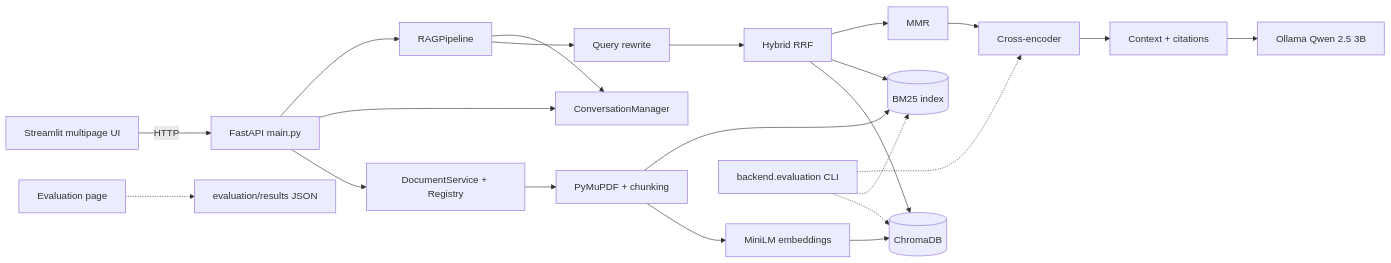
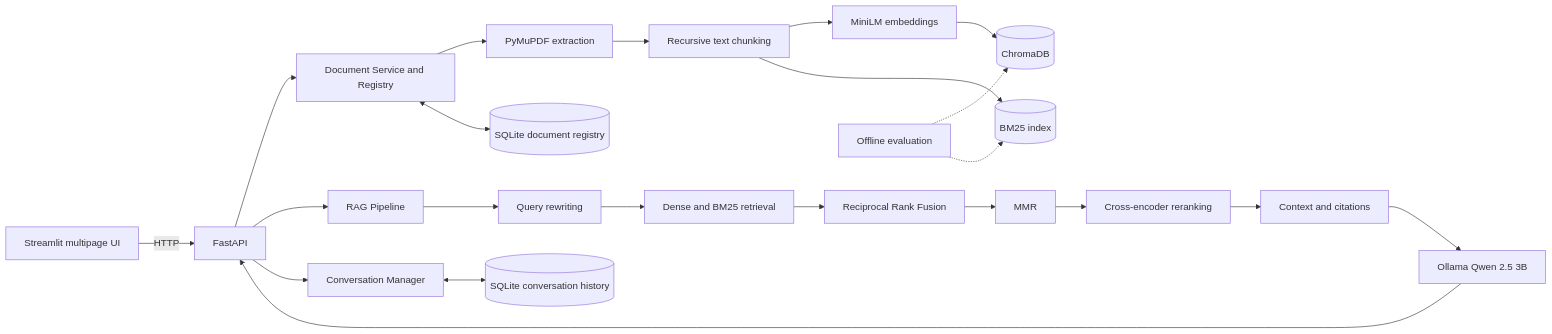
The diagram in README.md (Anurag-Patil-Git/hybrid-rag-pdf-intelligence), drawn with Mermaid before and after one commit. The commit also changed other lines of this file, not shown here.

````diff
--- a/README.md
+++ b/README.md
@@ -76,24 +67,24 @@
-```mermaid
+``` mermaid
 flowchart LR
-  UI[Streamlit multipage UI] -->|HTTP| API[FastAPI main.py]
-  API --> DS[DocumentService + Registry]
-  API --> CM[ConversationManager]
-  API --> RAG[RAGPipeline]
-  DS --> PDF[PyMuPDF + chunking]
-  PDF --> EMB[MiniLM embeddings]
-  EMB --> CH[(ChromaDB)]
-  PDF --> BM25[(BM25 index)]
-  RAG --> QR[Query rewrite]
-  QR --> HY[Hybrid RRF]
-  HY --> CH
-  HY --> BM25
-  HY --> MMR[MMR]
-  MMR --> CE[Cross-encoder]
-  CE --> CTX[Context + citations]
-  CTX --> LLM[Ollama Qwen 2.5 3B]
-  RAG --> CM
-  EVAL[backend.evaluation CLI] -.-> CH
-  EVAL -.-> BM25
-  EVAL -.-> CE
-  EVALUI[Evaluation page] -.-> RES[evaluation/results JSON]
+    UI[Streamlit multipage UI] -->|HTTP| API[FastAPI]
+    API --> DS[Document Service and Registry]
+    API --> RAG[RAG Pipeline]
+    API --> CM[Conversation Manager]
+    DS --> PDF[PyMuPDF extraction]
+    PDF --> SPLIT[Recursive text chunking]
+    SPLIT --> EMB[MiniLM embeddings]
+    EMB --> CH[(ChromaDB)]
+    SPLIT --> BM25[(BM25 index)]
+    RAG --> QR[Query rewriting]
+    QR --> RET[Dense and BM25 retrieval]
+    RET --> RRF[Reciprocal Rank Fusion]
+    RRF --> MMR[MMR]
+    MMR --> CE[Cross-encoder reranking]
+    CE --> CTX[Context and citations]
+    CTX --> LLM[Ollama Qwen 2.5 3B]
+    LLM --> API
+    CM <--> DB[(SQLite conversation history)]
+    DS <--> REG[(SQLite document registry)]
+    EVAL[Offline evaluation] -.-> CH
+    EVAL -.-> BM25
 ```
````
